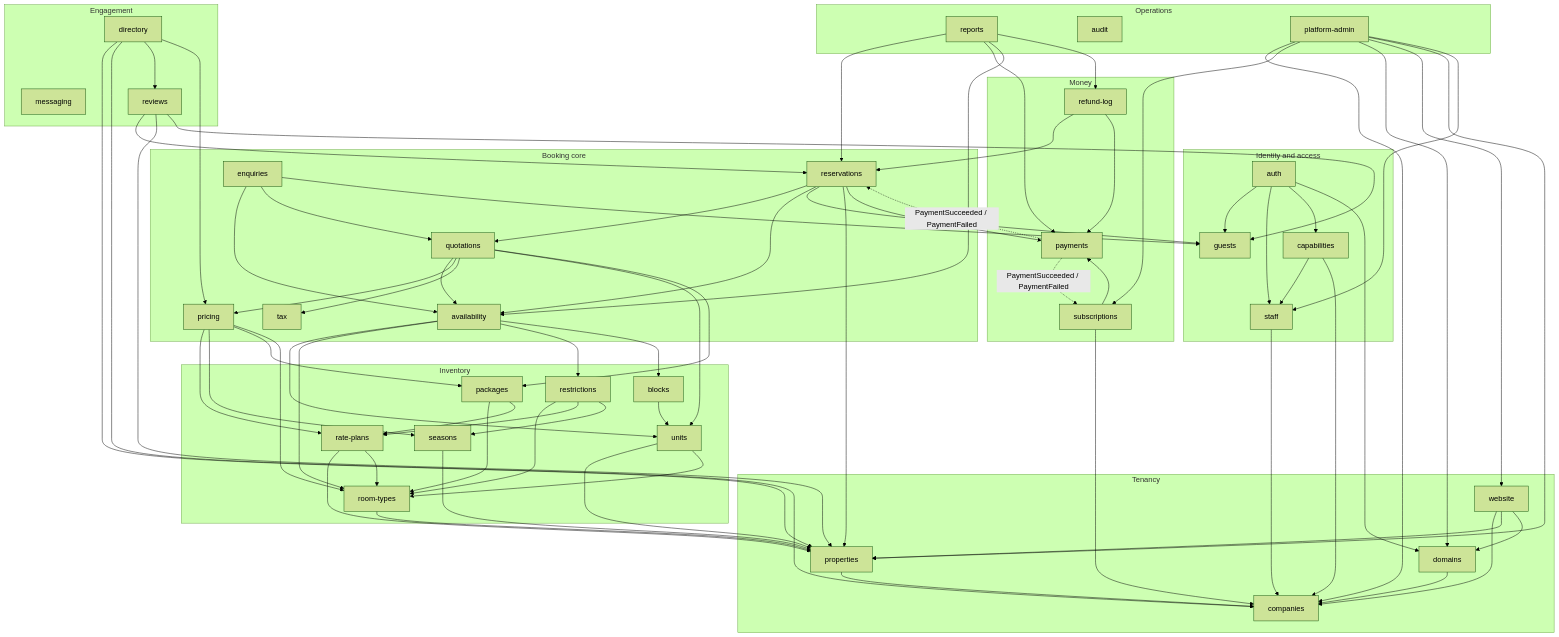
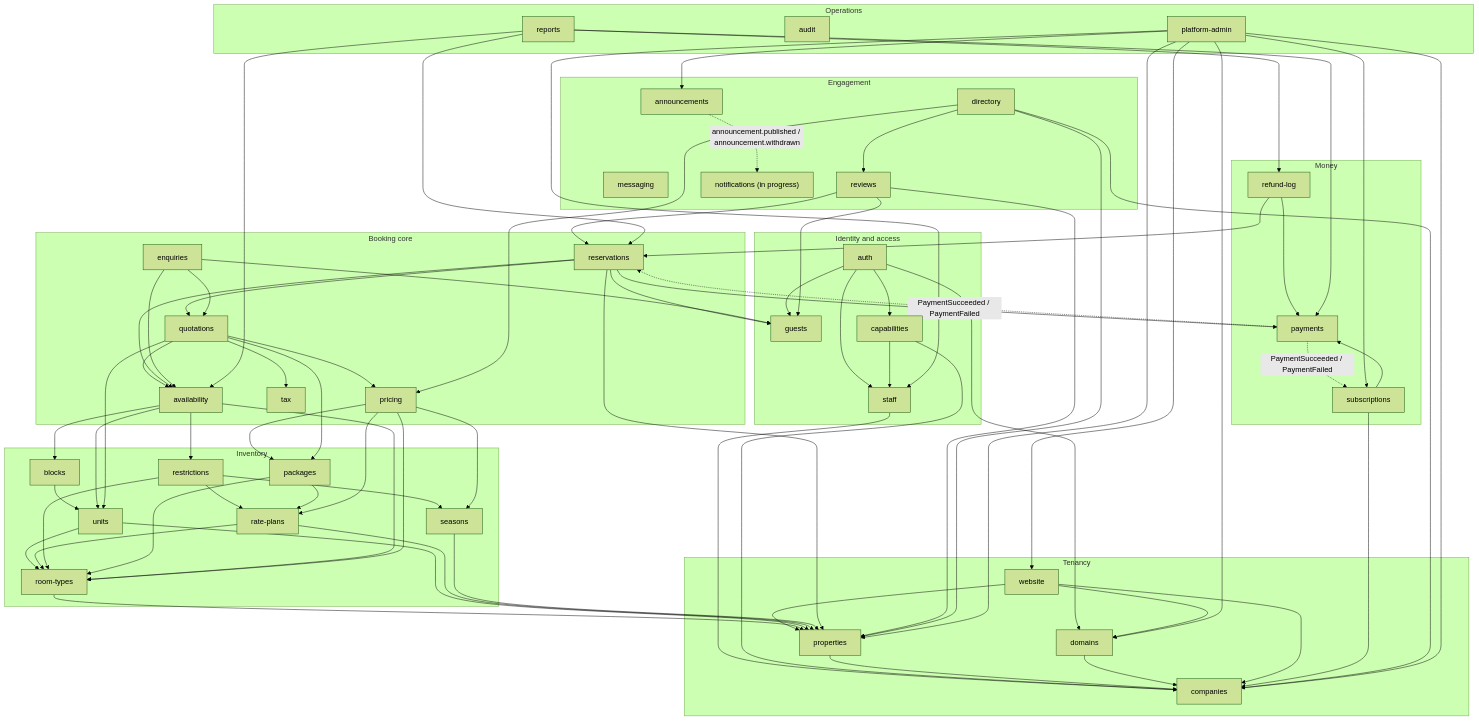
One commit to vertex-uom/sanchara changed the diagram in docs/backend-architecture.md. Above: the diagram before and after it, drawn with Mermaid (forest theme). The commit also changed other lines of this file and 31 other files, not shown here.

````diff
--- a/docs/backend-architecture.md
+++ b/docs/backend-architecture.md
@@ -22,54 +23,55 @@
 ```mermaid
 flowchart TB
   subgraph IA["Identity and access"]
     auth; guests; staff; capabilities
   end
   subgraph TN["Tenancy"]
     companies; properties; domains; website
   end
   subgraph INV["Inventory"]
     roomTypes["room-types"]; units; ratePlans["rate-plans"]; seasons; restrictions; blocks; packages
   end
   subgraph BC["Booking core"]
     availability; pricing; tax; quotations; reservations; enquiries
   end
   subgraph MN["Money"]
     payments; refundLog["refund-log"]; subscriptions
   end
   subgraph EN["Engagement"]
-    messaging; reviews; directory
+    messaging; reviews; directory; announcements; notifications["notifications (in progress)"]
   end
   subgraph OP["Operations"]
     reports; audit; platformAdmin["platform-admin"]
   end
 
   auth --> guests & staff & capabilities & domains
   staff --> companies
   capabilities --> staff & companies
   properties --> companies
   domains --> companies
   website --> companies & properties & domains
 
   roomTypes --> properties
   units --> properties & roomTypes
   ratePlans --> properties & roomTypes
   seasons --> properties
   restrictions --> roomTypes & ratePlans & seasons
   blocks --> units
   packages --> roomTypes & ratePlans
 
   availability --> units & roomTypes & restrictions & blocks
   pricing --> ratePlans & seasons & packages & roomTypes
   quotations --> availability & pricing & tax & units & packages
   reservations --> quotations & availability & guests & properties & payments
   enquiries --> availability & quotations & guests
 
   refundLog --> reservations & payments
   subscriptions --> companies & payments
   payments -. "PaymentSucceeded / PaymentFailed" .-> reservations & subscriptions
 
   reviews --> reservations & properties & guests
   directory --> properties & companies & reviews & pricing
   reports --> reservations & payments & availability & refundLog
-  platformAdmin --> companies & subscriptions & domains & website & properties & staff
+  platformAdmin --> companies & subscriptions & domains & website & properties & staff & announcements
+  announcements -. "announcement.published / announcement.withdrawn" .-> notifications
 ```
````
